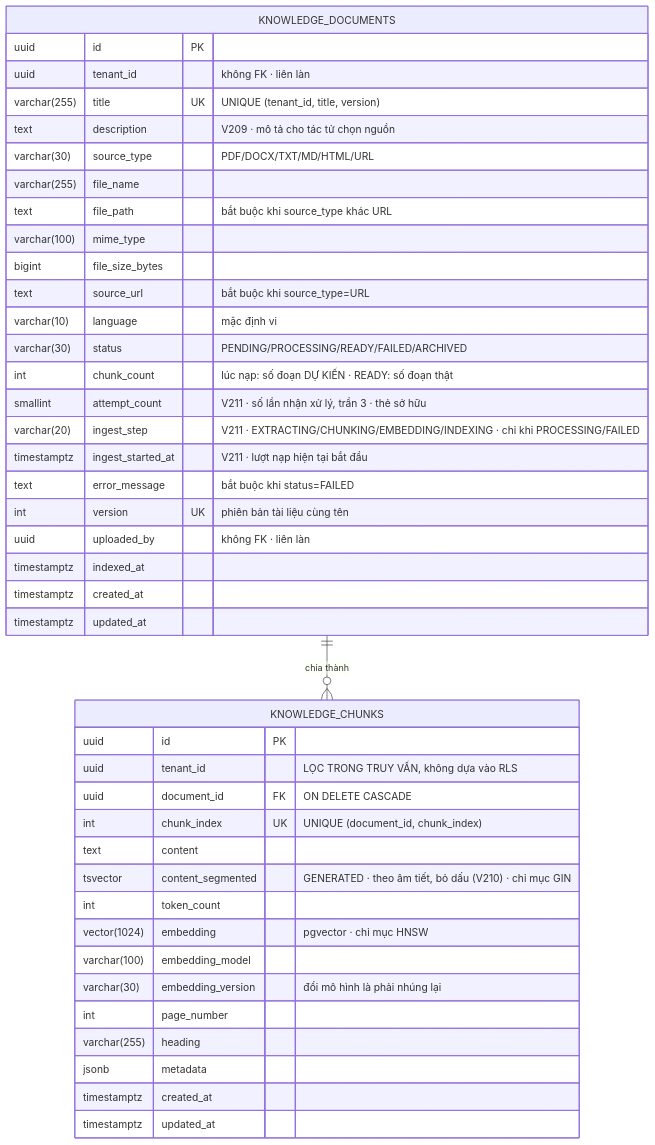
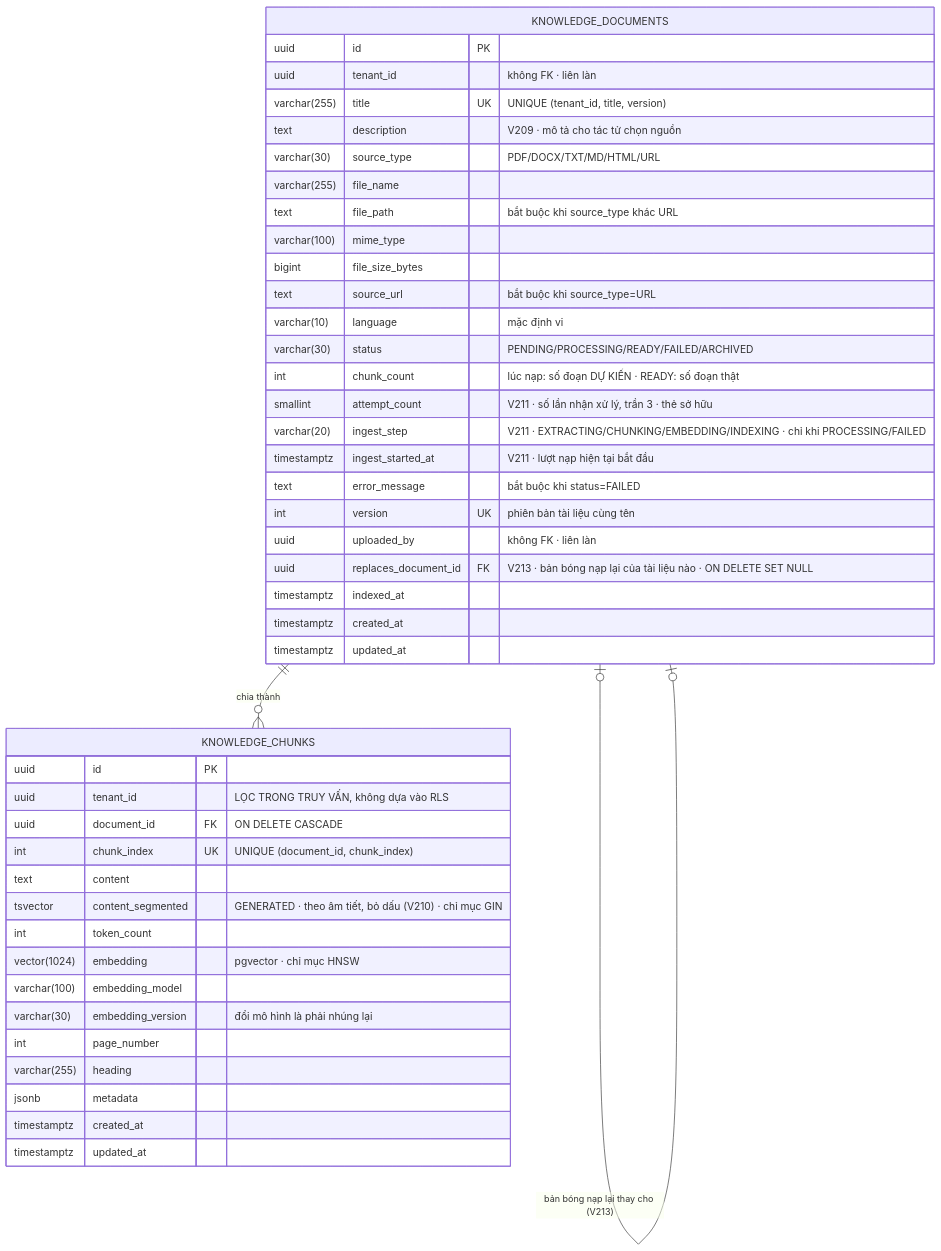
One commit to KhanhLanBui03/ai-crm-chatbot-platform changed the seventh of 10 diagrams in docs/erd-mermaid.md. Above: the diagram before and after it, drawn with Mermaid. The commit also changed other lines of this file and 14 other files, not shown here.

````diff
--- a/docs/erd-mermaid.md
+++ b/docs/erd-mermaid.md
@@ -483,46 +483,48 @@
 ```mermaid
 erDiagram
     KNOWLEDGE_DOCUMENTS {
         uuid         id              PK
         uuid         tenant_id          "không FK · liên làn"
         varchar(255) title           UK "UNIQUE (tenant_id, title, version)"
         text         description        "V209 · mô tả cho tác tử chọn nguồn"
         varchar(30)  source_type        "PDF/DOCX/TXT/MD/HTML/URL"
         varchar(255) file_name
         text         file_path          "bắt buộc khi source_type khác URL"
         varchar(100) mime_type
         bigint       file_size_bytes
         text         source_url         "bắt buộc khi source_type=URL"
         varchar(10)  language           "mặc định vi"
         varchar(30)  status             "PENDING/PROCESSING/READY/FAILED/ARCHIVED"
         int          chunk_count        "lúc nạp: số đoạn DỰ KIẾN · READY: số đoạn thật"
         smallint     attempt_count      "V211 · số lần nhận xử lý, trần 3 · thẻ sở hữu"
         varchar(20)  ingest_step        "V211 · EXTRACTING/CHUNKING/EMBEDDING/INDEXING · chỉ khi PROCESSING/FAILED"
         timestamptz  ingest_started_at  "V211 · lượt nạp hiện tại bắt đầu"
         text         error_message      "bắt buộc khi status=FAILED"
         int          version         UK "phiên bản tài liệu cùng tên"
         uuid         uploaded_by        "không FK · liên làn"
+        uuid         replaces_document_id FK "V213 · bản bóng nạp lại của tài liệu nào · ON DELETE SET NULL"
         timestamptz  indexed_at
         timestamptz  created_at
         timestamptz  updated_at
     }
     KNOWLEDGE_CHUNKS {
         uuid          id                PK
         uuid          tenant_id            "LỌC TRONG TRUY VẤN, không dựa vào RLS"
         uuid          document_id       FK "ON DELETE CASCADE"
         int           chunk_index       UK "UNIQUE (document_id, chunk_index)"
         text          content
         tsvector      content_segmented    "GENERATED · theo âm tiết, bỏ dấu (V210) · chỉ mục GIN"
         int           token_count
         vector(1024)  embedding            "pgvector · chỉ mục HNSW"
         varchar(100)  embedding_model
         varchar(30)   embedding_version    "đổi mô hình là phải nhúng lại"
         int           page_number
         varchar(255)  heading
         jsonb         metadata
         timestamptz   created_at
         timestamptz   updated_at
     }
 
     KNOWLEDGE_DOCUMENTS ||--o{ KNOWLEDGE_CHUNKS : "chia thành"
+    KNOWLEDGE_DOCUMENTS |o--o| KNOWLEDGE_DOCUMENTS : "bản bóng nạp lại thay cho (V213)"
 ```
````
